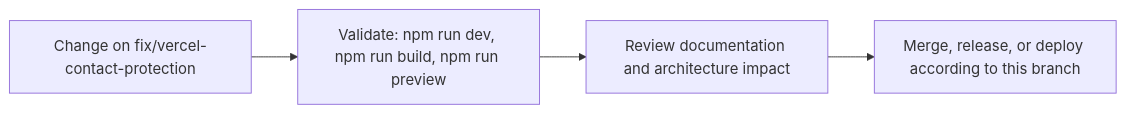
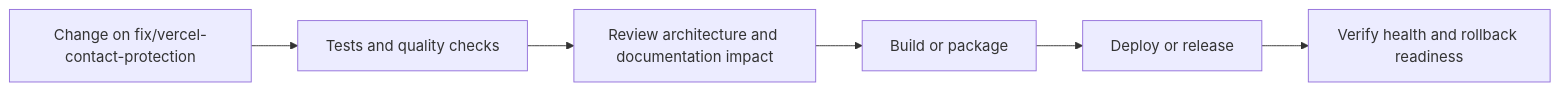
The sixth of 7 diagrams in README.md (Nischhalsubba/nischhalsubba.com.np), drawn with Mermaid before and after one commit. The commit also changed other lines of this file, not shown here.

````diff
--- a/README.md
+++ b/README.md
@@ -86,8 +203,8 @@
 ```mermaid
 flowchart LR
-    CHANGE["Change on fix/vercel-contact-protection"]
-    CHECK["Validate: npm run dev, npm run build, npm run preview"]
-    REVIEW["Review documentation and architecture impact"]
-    RELEASE["Merge, release, or deploy according to this branch"]
-    CHANGE --> CHECK --> REVIEW --> RELEASE
+    CHANGE["Change on fix/vercel-contact-protection"] --> CHECK["Tests and quality checks"]
+    CHECK --> REVIEW["Review architecture and documentation impact"]
+    REVIEW --> BUILD["Build or package"]
+    BUILD --> DEPLOY["Deploy or release"]
+    DEPLOY --> VERIFY["Verify health and rollback readiness"]
 ```
````
